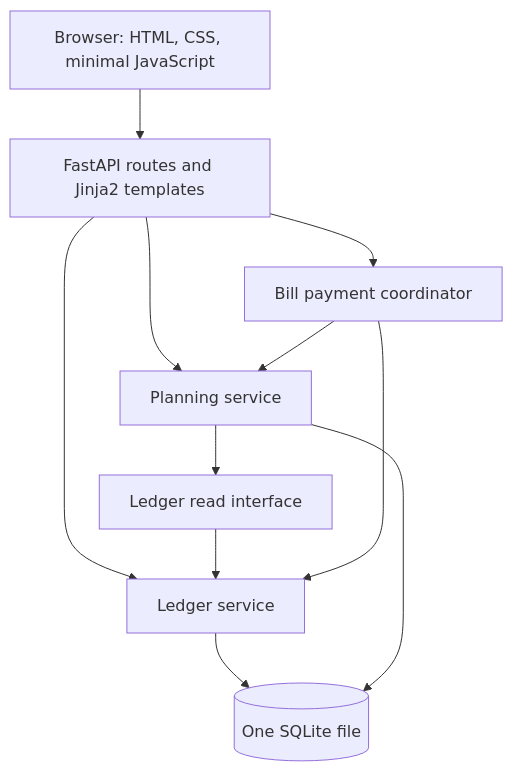
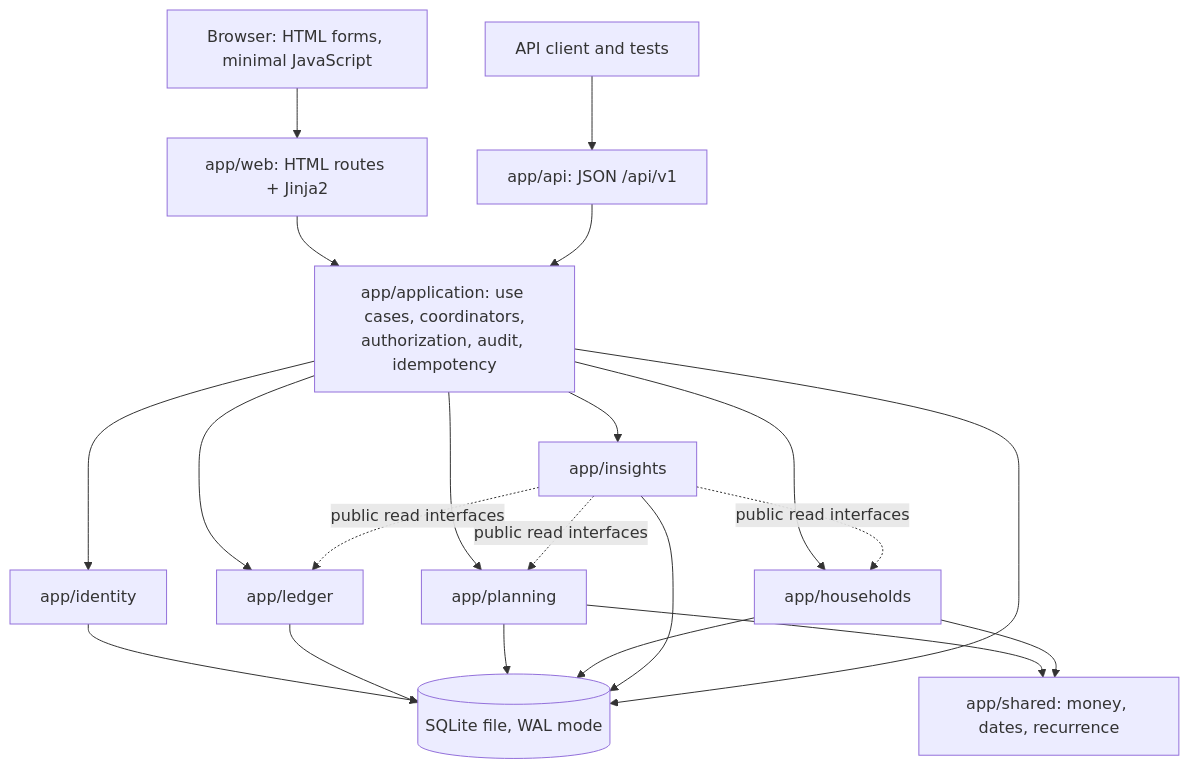
One commit to Sanad-AlBilleh/Float changed the third of 4 diagrams in SRS.md. Above: the diagram before and after it, drawn with Mermaid. The commit also changed other lines of this file and 1 other file, not shown here.

First line of the commit message:
Specify households, recurrence, forecasting, and multi-user security

````diff
--- a/SRS.md
+++ b/SRS.md
@@ -86,13 +402,23 @@
 ```mermaid
 flowchart TD
-    Browser[Browser: HTML, CSS, minimal JavaScript] --> Web[FastAPI routes and Jinja2 templates]
-    Web --> Ledger[Ledger service]
-    Web --> Planning[Planning service]
-    Web --> Coordinator[Bill payment coordinator]
-    Planning --> Snapshot[Ledger read interface]
-    Snapshot --> Ledger
-    Coordinator --> Ledger
-    Coordinator --> Planning
-    Ledger --> DB[(One SQLite file)]
+    Browser[Browser: HTML forms, minimal JavaScript] --> Web[app/web: HTML routes + Jinja2]
+    Client[API client and tests] --> API[app/api: JSON /api/v1]
+    Web --> App[app/application: use cases, coordinators,<br/>authorization, audit, idempotency]
+    API --> App
+    App --> Identity[app/identity]
+    App --> Ledger[app/ledger]
+    App --> Planning[app/planning]
+    App --> Households[app/households]
+    App --> Insights[app/insights]
+    Insights -. public read interfaces .-> Ledger
+    Insights -. public read interfaces .-> Planning
+    Insights -. public read interfaces .-> Households
+    Planning --> Shared[app/shared: money, dates, recurrence]
+    Households --> Shared
+    Identity --> DB[(SQLite file, WAL mode)]
+    Ledger --> DB
     Planning --> DB
+    Households --> DB
+    Insights --> DB
+    App --> DB
 ```
````
